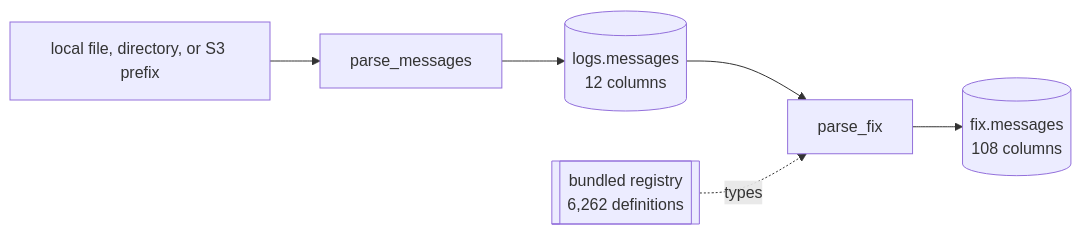
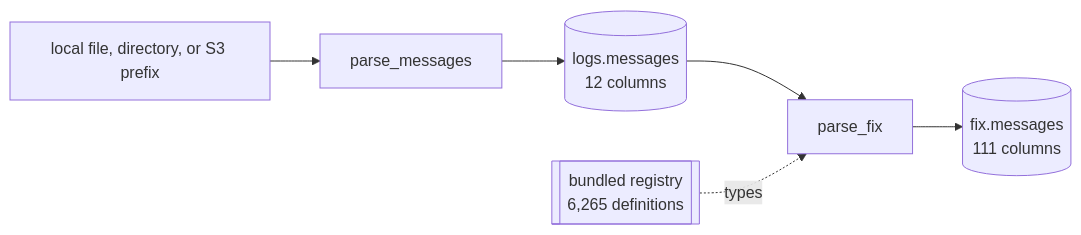
Before and after one commit to Platob/yggfin: the diagram in docs/pipeline/index.md, drawn with Mermaid. The commit also changed 16 other files, not shown here.

````diff
--- a/docs/pipeline/index.md
+++ b/docs/pipeline/index.md
@@ -5,8 +5,8 @@
 ```mermaid
 flowchart LR
     U["local file, directory, or S3 prefix"] --> T["parse_messages"]
     T --> M[("logs.messages<br/>12 columns")]
     M --> F["parse_fix"]
-    R[["bundled registry<br/>6,262 definitions"]] -.types.-> F
-    F --> X[("fix.messages<br/>108 columns")]
+    R[["bundled registry<br/>6,265 definitions"]] -.types.-> F
+    F --> X[("fix.messages<br/>111 columns")]
 ```
````
